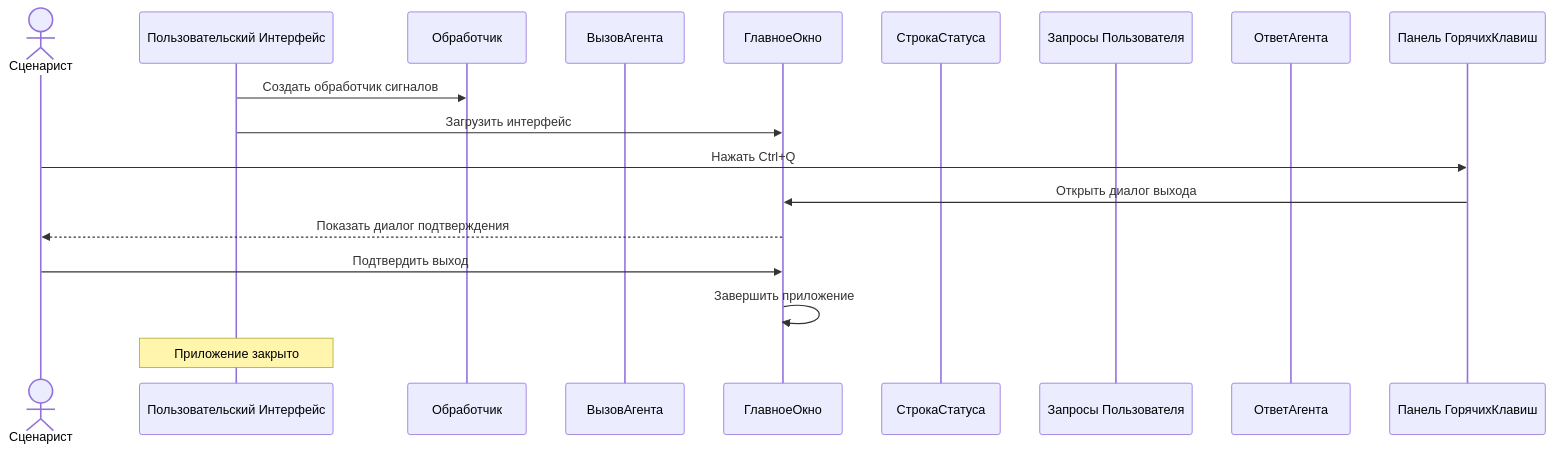
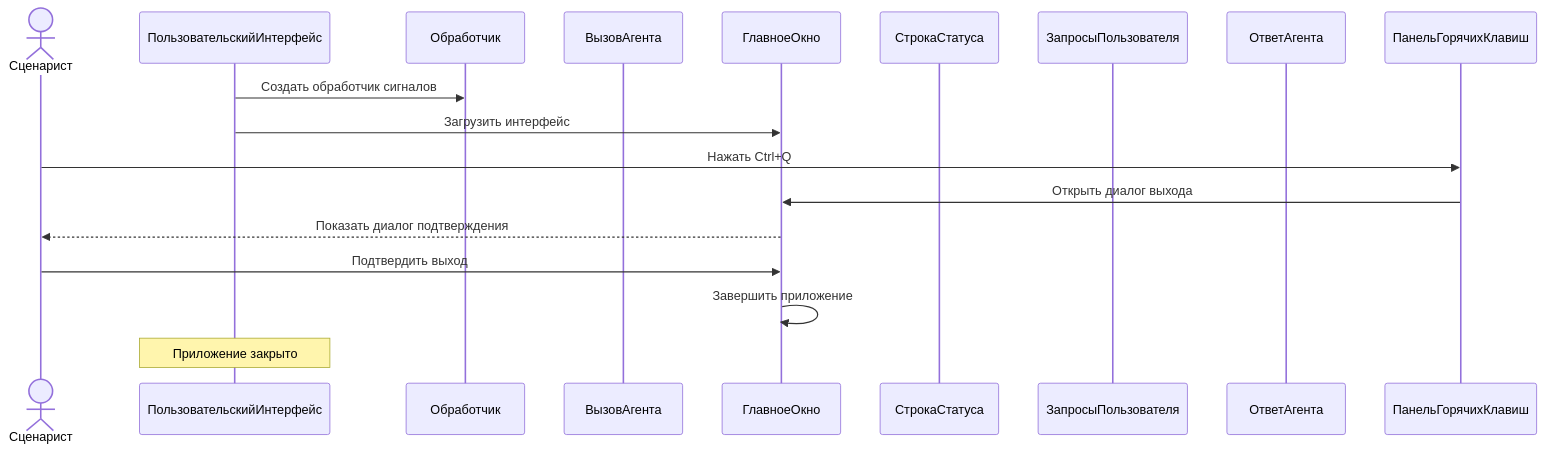
The third of 3 diagrams in Пакет Интерфейс пользователя/2. Диаграмма последовательностей взаимодействия объектов классов пакета.md (CHSU-scenarAIst/diagrammy), drawn with Mermaid before and after one commit. The commit also changed other lines of this file and 3 other files, not shown here.

````diff
--- a/Пакет Интерфейс пользователя/2. Диаграмма последовательностей взаимодействия объектов классов пакета.md
+++ b/Пакет Интерфейс пользователя/2. Диаграмма последовательностей взаимодействия объектов классов пакета.md
@@ -85,21 +85,21 @@
 ```mermaid
 sequenceDiagram
     actor Сценарист
-    participant Пользовательский Интерфейс
+    participant ПользовательскийИнтерфейс
     participant Обработчик
     participant ВызовАгента
     participant ГлавноеОкно
     participant СтрокаСтатуса
-    participant Запросы Пользователя
+    participant ЗапросыПользователя
     participant ОтветАгента
-    participant Панель ГорячихКлавиш
+    participant ПанельГорячихКлавиш
 
-    Пользовательский Интерфейс->>Обработчик: Создать обработчик сигналов
-    Пользовательский Интерфейс->>ГлавноеОкно: Загрузить интерфейс
-    Сценарист->>Панель ГорячихКлавиш: Нажать Ctrl+Q
-    Панель ГорячихКлавиш->>ГлавноеОкно: Открыть диалог выхода
+    ПользовательскийИнтерфейс->>Обработчик: Создать обработчик сигналов
+    ПользовательскийИнтерфейс->>ГлавноеОкно: Загрузить интерфейс
+    Сценарист->>ПанельГорячихКлавиш: Нажать Ctrl+Q
+    ПанельГорячихКлавиш->>ГлавноеОкно: Открыть диалог выхода
     ГлавноеОкно-->>Сценарист: Показать диалог подтверждения
     Сценарист->>ГлавноеОкно: Подтвердить выход
     ГлавноеОкно->>ГлавноеОкно: Завершить приложение
-    Note over Пользовательский Интерфейс: Приложение закрыто
+    Note over ПользовательскийИнтерфейс: Приложение закрыто
 ```
````
